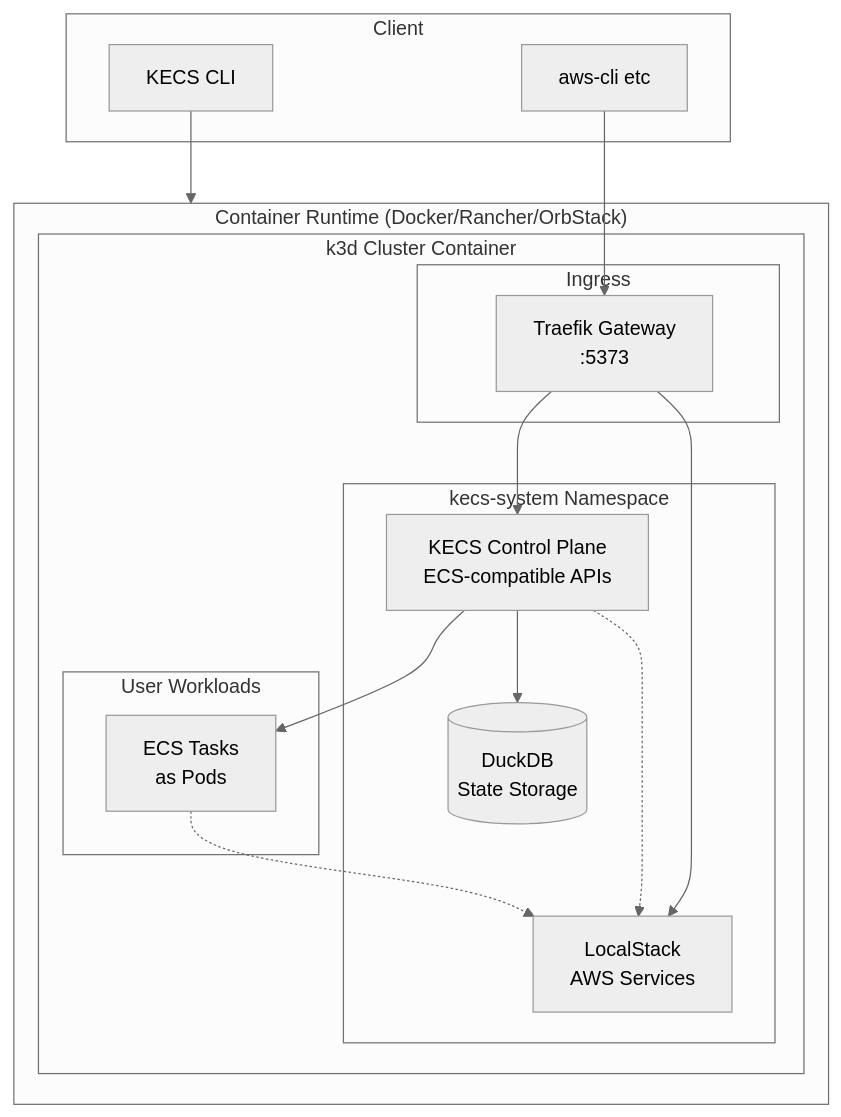
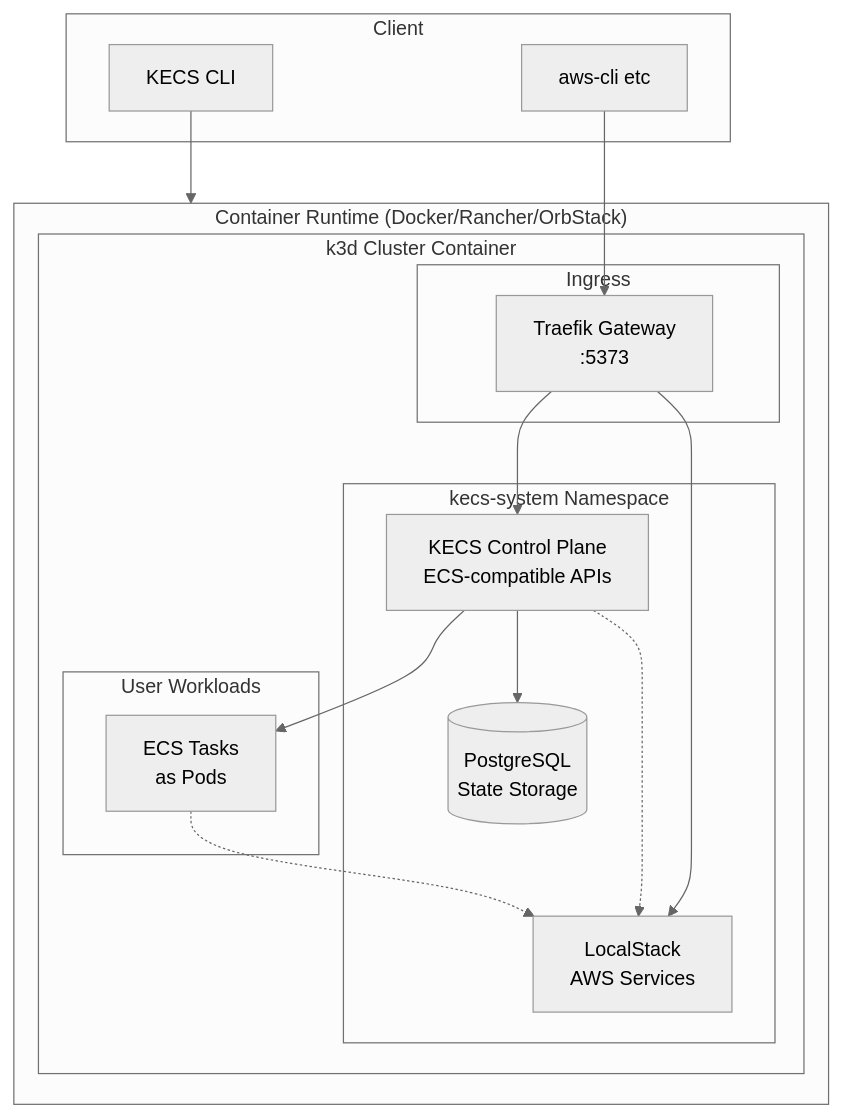
Before and after one commit to nandemo-ya/kecs: the diagram in README.md, drawn with Mermaid (neutral theme). The commit also changed other lines of this file and 17 other files, not shown here.

````diff
--- a/README.md
+++ b/README.md
@@ -151,34 +151,34 @@
 ```mermaid
 graph TB
     subgraph Client["Client"]
         CLI[KECS CLI]
         AWSCLI[aws-cli etc]
     end
 
     subgraph DockerEngine["Container Runtime (Docker/Rancher/OrbStack)"]
         subgraph K3dCluster["k3d Cluster Container"]
             subgraph KECSNamespace["kecs-system Namespace"]
                 CP[KECS Control Plane<br/>ECS-compatible APIs]
-                DB[(DuckDB<br/>State Storage)]
+                DB[(PostgreSQL<br/>State Storage)]
                 LS[LocalStack<br/>AWS Services]
             end
 
             subgraph IngressLayer["Ingress"]
                 Traefik[Traefik Gateway<br/>:5373]
             end
 
             subgraph Workloads["User Workloads"]
                 Tasks[ECS Tasks<br/>as Pods]
             end
         end
     end
 
     CLI --> K3dCluster
     AWSCLI --> Traefik
     Traefik --> CP
     Traefik --> LS
     CP --> Tasks
     CP --> DB
     CP -.-> LS
     Tasks -.-> LS
 ```
````
